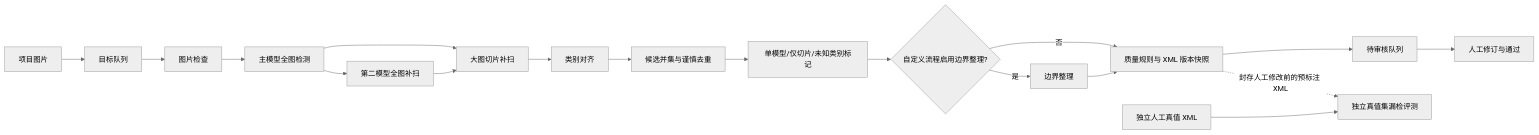
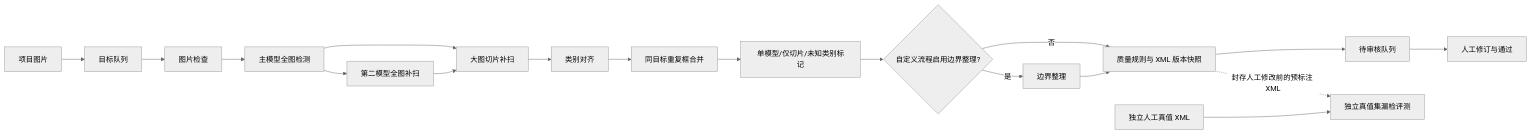
One commit to 513549146/autoLabel changed the diagram in docs/high-recall-preannotation-architecture.md. Above: the diagram before and after it, drawn with Mermaid (neutral theme). The commit also changed other lines of this file and 15 other files, not shown here.

````diff
--- a/docs/high-recall-preannotation-architecture.md
+++ b/docs/high-recall-preannotation-architecture.md
@@ -11,18 +11,18 @@
 ```mermaid
 flowchart LR
   A[项目图片] --> B[目标队列] --> C[图片检查]
   C --> D[主模型全图检测]
   D --> E[第二模型全图补扫]
   D --> F[大图切片补扫]
   E --> F
   F --> G[类别对齐]
-  G --> H[候选并集与谨慎去重]
+  G --> H[同目标重复框合并]
   H --> I[单模型/仅切片/未知类别标记]
   I --> J{自定义流程启用边界整理?}
   J -->|是| K[边界整理]
   J -->|否| L[质量规则与 XML 版本快照]
   K --> L
   L --> M[待审核队列] --> N[人工修订与通过]
   L -.封存人工修改前的预标注 XML.-> O[独立真值集漏检评测]
   P[独立人工真值 XML] --> O
 ```
````
